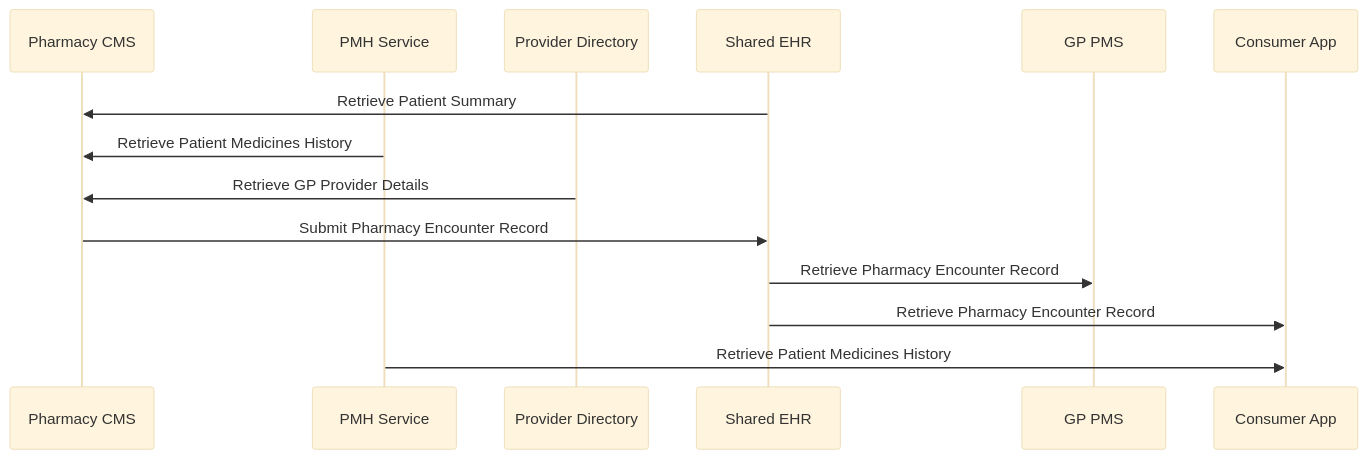
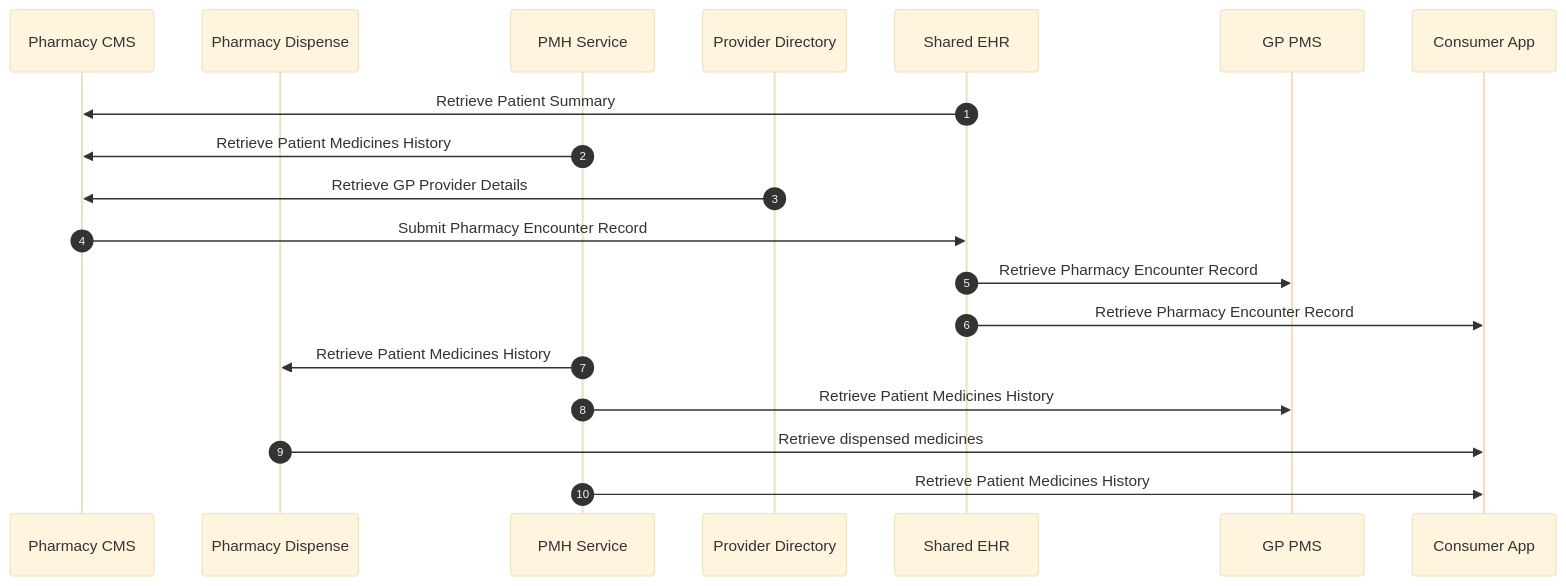
One commit to hl7au/au-fhir-test-data changed the fifth of 7 diagrams in au-fhir-test-data-set/connected-care/Alex Story Interactions.md. Above: the diagram before and after it, drawn with Mermaid (base theme). The commit also changed other lines of this file, not shown here.

Commit message:
Updated Alex Story Interactions with numbering and Dispense system

````diff
--- a/au-fhir-test-data-set/connected-care/Alex Story Interactions.md
+++ b/au-fhir-test-data-set/connected-care/Alex Story Interactions.md
@@ -135,21 +139,27 @@
 ```mermaid
 sequenceDiagram
-
-    participant PMS as Pharmacy CMS
+    autonumber
+    participant PCMS as Pharmacy CMS
+    participant PDMS as Pharmacy Dispense
     participant PMH as PMH Service
     participant PD as Provider Directory
     participant SEHR as Shared EHR
-    participant GP as GP PMS
+    participant GPPMS as GP PMS
     participant PatApp as Consumer App
 
-    SEHR->>PMS: Retrieve Patient Summary
+    SEHR->>PCMS: Retrieve Patient Summary
 
-    PMH->>PMS: Retrieve Patient Medicines History
+    PMH->>PCMS: Retrieve Patient Medicines History
 
-    PD->>PMS: Retrieve GP Provider Details
-    PMS->>SEHR: Submit Pharmacy Encounter Record
-    SEHR->>GP: Retrieve Pharmacy Encounter Record
+    PD->>PCMS: Retrieve GP Provider Details
+    PCMS->>SEHR: Submit Pharmacy Encounter Record
+    SEHR->>GPPMS: Retrieve Pharmacy Encounter Record
+    SEHR->>PatApp: Retrieve Pharmacy Encounter Record
 
-    SEHR->>PatApp: Retrieve Pharmacy Encounter Record
+    PMH->>PDMS: Retrieve Patient Medicines History
+
+    PMH->>GPPMS: Retrieve Patient Medicines History
+
+    PDMS->>PatApp: Retrieve dispensed medicines
     PMH->>PatApp: Retrieve Patient Medicines History
 ```
````
